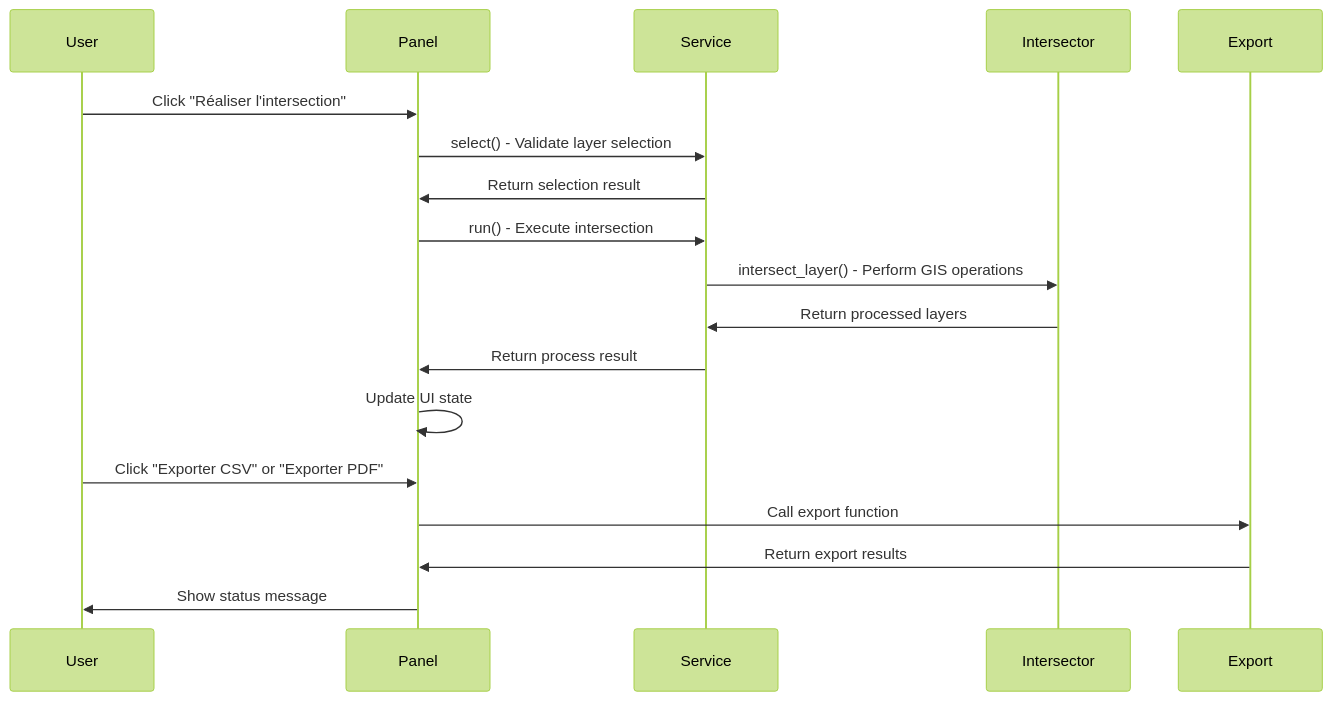
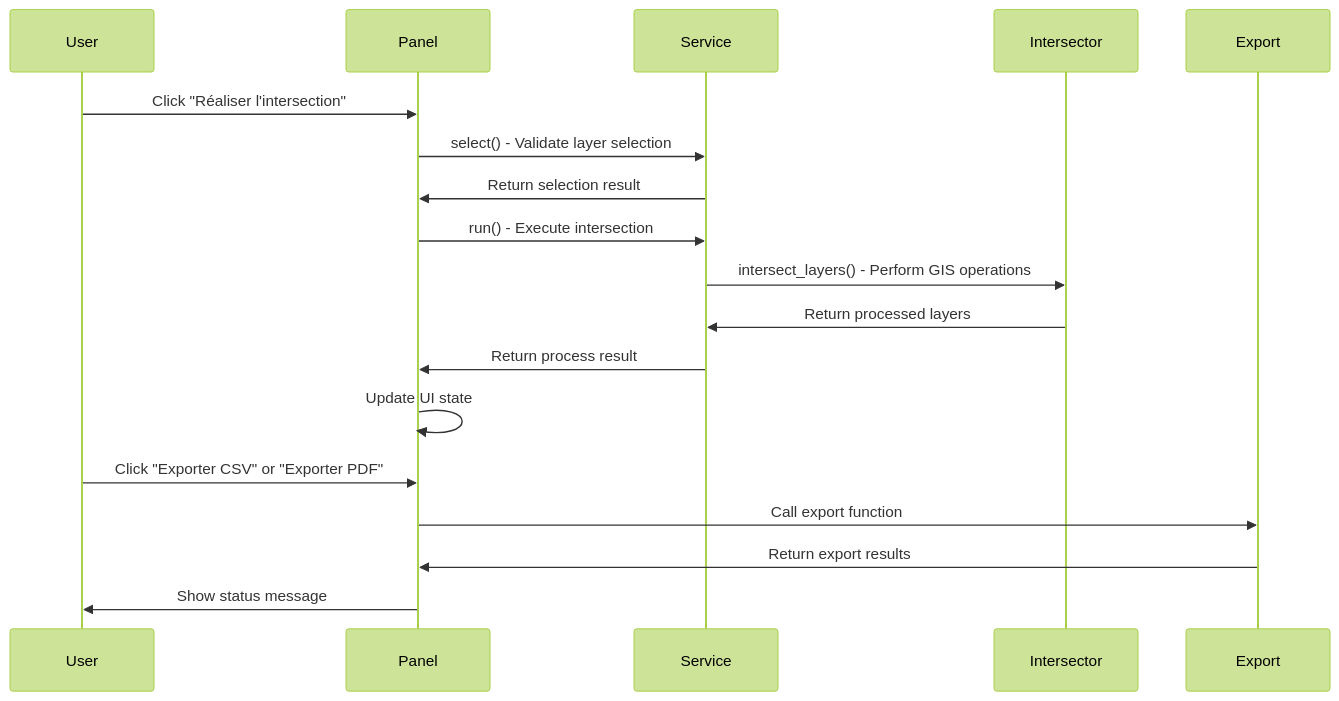
The second of 2 diagrams in README.md (ecolabdata/secateur), drawn with Mermaid (forest theme) before and after one commit. The commit also changed other lines of this file and 1 other file, not shown here.

````diff
--- a/README.md
+++ b/README.md
@@ -666,22 +644,22 @@
 ```mermaid
 sequenceDiagram
     participant U as User
     participant P as Panel
     participant S as Service
     participant I as Intersector
     participant X as Export
     
     U->>P: Click "Réaliser l'intersection"
     P->>S: select() - Validate layer selection
     S->>P: Return selection result
     P->>S: run() - Execute intersection
-    S->>I: intersect_layer() - Perform GIS operations
+    S->>I: intersect_layers() - Perform GIS operations
     I->>S: Return processed layers
     S->>P: Return process result
     P->>P: Update UI state
     U->>P: Click "Exporter CSV" or "Exporter PDF"
     P->>X: Call export function
     X->>P: Return export results
     P->>U: Show status message
 
 ```
````
